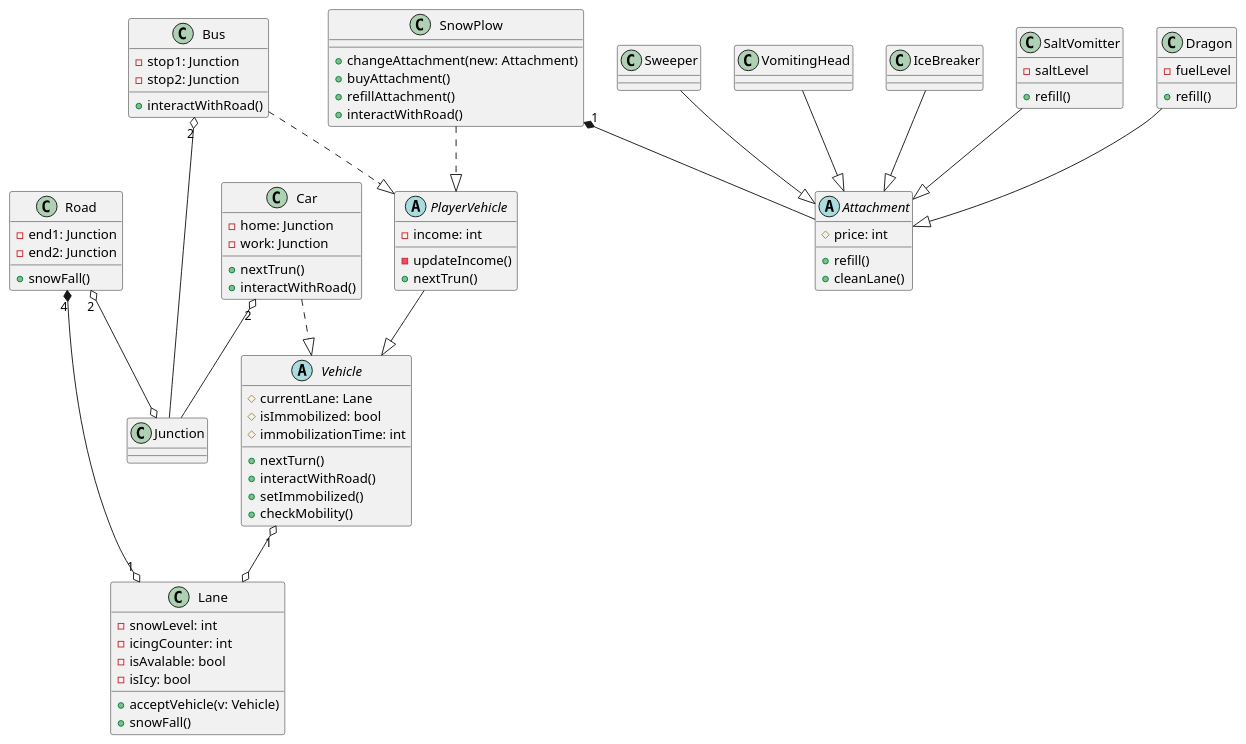
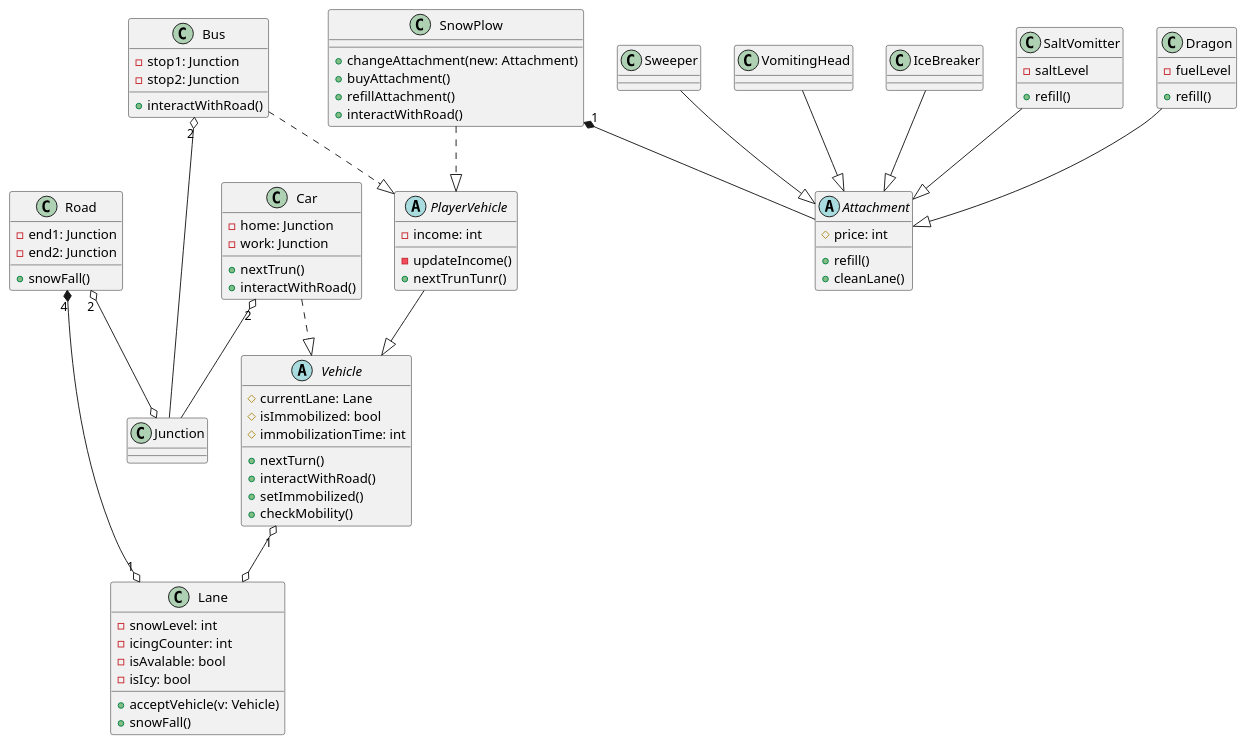
One commit to toth-andor/UneNotteANapoli changed the diagram in docs/04/diagrams/class-diagram.puml. Above: the diagram before and after it, drawn with PlantUML.

```diff
--- a/docs/04/diagrams/class-diagram.puml
+++ b/docs/04/diagrams/class-diagram.puml
@@ -1,108 +1,108 @@
 @startuml class-diagram
 
 
 abstract Vehicle {
   # currentLane: Lane
   # isImmobilized: bool
   # immobilizationTime: int
 
   + nextTurn()
   + interactWithRoad()
   + setImmobilized()
   + checkMobility()
 }
 
 abstract PlayerVehicle {
     - income: int
     - updateIncome()
-    + nextTrun()
+    + nextTrunTunr()
 }
 
 class Bus {
   - stop1: Junction
   - stop2: Junction
   + interactWithRoad()
 }
 
 class SnowPlow {
   + changeAttachment(new: Attachment)
   + buyAttachment()
   + refillAttachment()
   + interactWithRoad()
 }
 
 class Car {
   - home: Junction
   - work: Junction
   + nextTrun()
   + interactWithRoad()
 }
 
 abstract Attachment {
   # price: int
 
   + refill()
   + cleanLane()
-  
+
 }
 
 class Dragon {
   - fuelLevel
   + refill()
 }
 class Sweeper
 class VomitingHead
 class IceBreaker
 class SaltVomitter {
   - saltLevel
   + refill()
 }
 
 
 class Road {
   - end1: Junction
   - end2: Junction
   + snowFall()
 }
 
 class Lane {
   - snowLevel: int
   - icingCounter: int
   - isAvalable: bool
   - isIcy: bool
   + acceptVehicle(v: Vehicle)
   + snowFall()
-  
+
 }
 
 class Junction
 
 
-Road "4"*--o "1" Lane 
+Road "4"*--o "1" Lane
 
 
 
 PlayerVehicle --|> Vehicle
-Bus ..|> PlayerVehicle 
+Bus ..|> PlayerVehicle
 SnowPlow ..|> PlayerVehicle
 Car ..|> Vehicle
 
 Dragon --|> Attachment
 Sweeper --|> Attachment
 VomitingHead --|> Attachment
 IceBreaker --|> Attachment
 SaltVomitter --|> Attachment
 
 SnowPlow "1"*-- Attachment
 
 
 Road "2" o--o Junction
 
 Vehicle "1" o--o Lane
 
 Bus "2" o-- Junction
 Car "2" o-- Junction
 
 
 
 @enduml
```
